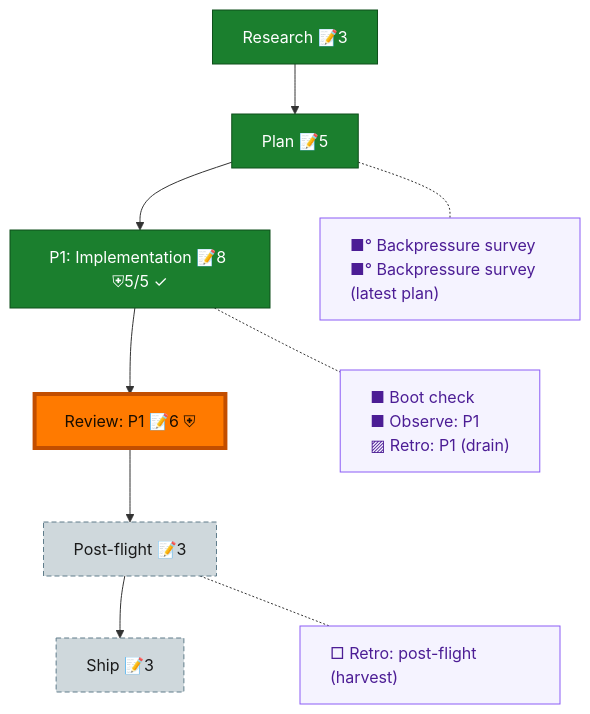
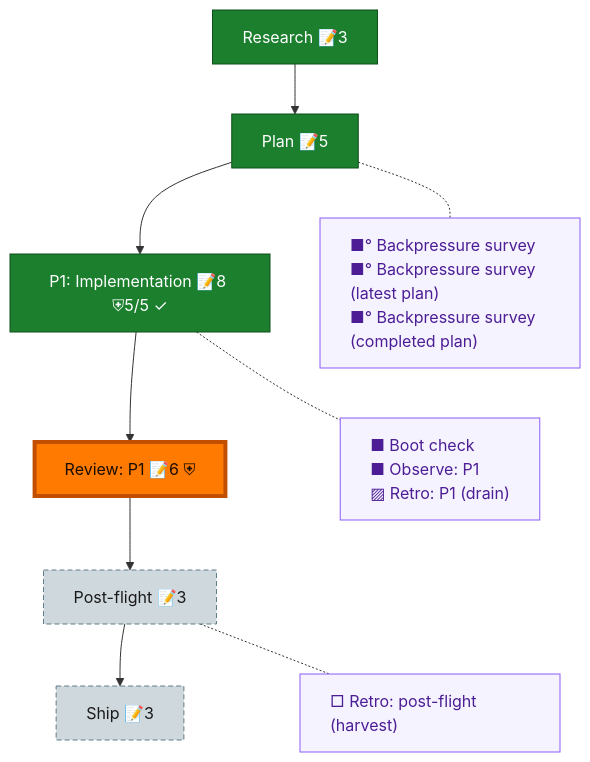
Before and after one commit to vaughanknight/pij: the diagram in docs/plans/133-rs-tap-supersedes-legacy/the-flow.md, drawn with Mermaid. The commit also changed other lines of this file and 4 other files, not shown here.

````diff
--- a/docs/plans/133-rs-tap-supersedes-legacy/the-flow.md
+++ b/docs/plans/133-rs-tap-supersedes-legacy/the-flow.md
@@ -8,30 +8,30 @@
 ```mermaid
 flowchart TD
     research["Research 📝3"]:::done
     plan["Plan 📝5"]:::done
     phase_1["P1: Implementation 📝8 ⛨5/5 ✓"]:::done
     review_1["Review: P1 📝6 ⛨"]:::wip
     post_flight["Post-flight 📝3"]:::assumed
     ship["Ship 📝3"]:::assumed
 
     research --> plan --> phase_1 --> review_1 --> post_flight --> ship
 
-    planC["■° Backpressure survey<br/>■° Backpressure survey (latest plan)"]:::chore
+    planC["■° Backpressure survey<br/>■° Backpressure survey (latest plan)<br/>■° Backpressure survey (completed plan)"]:::chore
     phase_1C["■ Boot check<br/>■ Observe: P1<br/>▨ Retro: P1 (drain)"]:::chore
     post_flightC["□ Retro: post-flight (harvest)"]:::chore
 
     %% invisible chain holds the gutter boxes in their own column
     planC ~~~ phase_1C ~~~ post_flightC
 
     %% dotted links pull each gutter box beside its node
     plan -.- planC
     phase_1 -.- phase_1C
     post_flight -.- post_flightC
 
     classDef done fill:#1B7F2E,stroke:#0F4F1B,color:#fff;
     classDef wip fill:#43C04A,stroke:#1B7F2E,color:#04210A;
     classDef assumed fill:#CFD8DC,stroke:#607D8B,color:#1a1a1a,stroke-dasharray:5 3;
     classDef chore fill:#f5f3ff,stroke:#8b5cf6,color:#4c1d95,text-align:left;
     classDef current fill:#FF7A00,stroke:#C24E00,color:#1a0e00,stroke-width:4px;
     class review_1 current;
 ```
````
